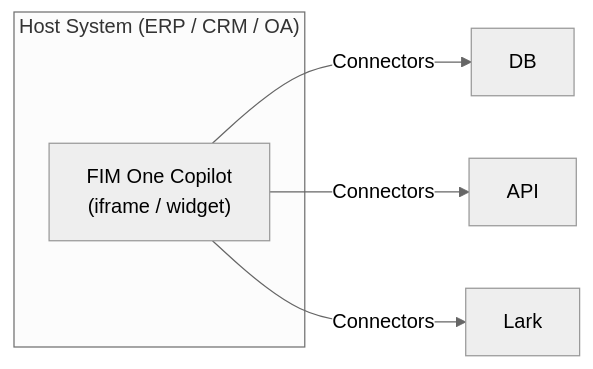
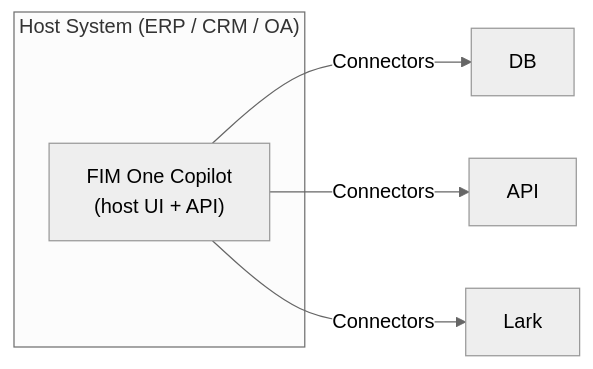
The first of 3 diagrams in docs/concepts/execution-modes.mdx (fim-ai/fim-one), drawn with Mermaid (neutral theme) before and after one commit. The commit also changed other lines of this file and 12 other files, not shown here.

````diff
--- a/docs/concepts/execution-modes.mdx
+++ b/docs/concepts/execution-modes.mdx
@@ -36,9 +40,9 @@
 ```mermaid
 flowchart LR
   subgraph Host["Host System (ERP / CRM / OA)"]
-    Copilot["FIM One Copilot<br/>(iframe / widget)"]
+    Copilot["FIM One Copilot<br/>(host UI + API)"]
   end
   Copilot -- Connectors --> DB["DB"]
   Copilot -- Connectors --> API["API"]
   Copilot -- Connectors --> Lark["Lark"]
 ```
````
